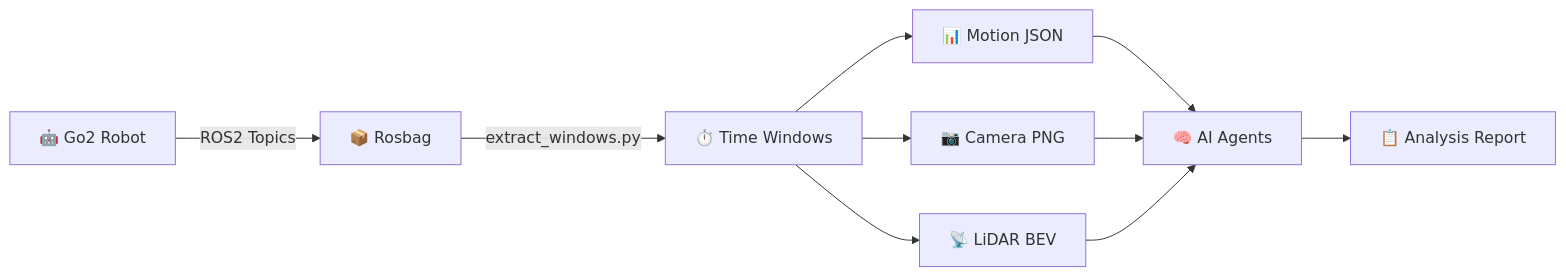
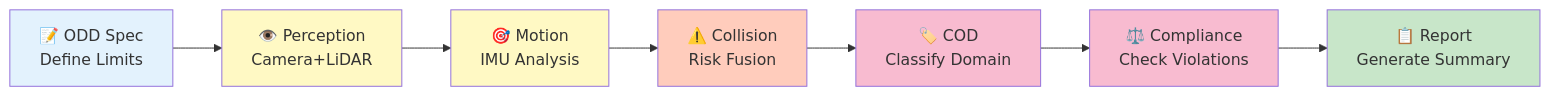
The diagram in README.md (danmartinez78/go2-odd-observer), drawn with Mermaid before and after one commit. The commit also changed other lines of this file and 2 other files, not shown here.

````diff
--- a/README.md
+++ b/README.md
@@ -402,12 +104,17 @@
 ```mermaid
 graph LR
-    A[🤖 Go2 Robot] -->|ROS2 Topics| B[📦 Rosbag]
-    B -->|extract_windows.py| C[⏱️ Time Windows]
-    C --> D[📊 Motion JSON]
-    C --> E[📷 Camera PNG]
-    C --> F[📡 LiDAR BEV]
-    D --> G[🧠 AI Agents]
-    E --> G
-    F --> G
-    G --> H[📋 Analysis Report]
+    A[📝 ODD Spec<br/>Define Limits] --> B[👁️ Perception<br/>Camera+LiDAR]
+    B --> C[🎯 Motion<br/>IMU Analysis]
+    C --> D[⚠️ Collision<br/>Risk Fusion]
+    D --> E[🏷️ COD<br/>Classify Domain]
+    E --> F[⚖️ Compliance<br/>Check Violations]
+    F --> G[📋 Report<br/>Generate Summary]
+    
+    style A fill:#e3f2fd
+    style B fill:#fff9c4
+    style C fill:#fff9c4
+    style D fill:#ffccbc
+    style E fill:#f8bbd0
+    style F fill:#f8bbd0
+    style G fill:#c8e6c9
 ```
````
